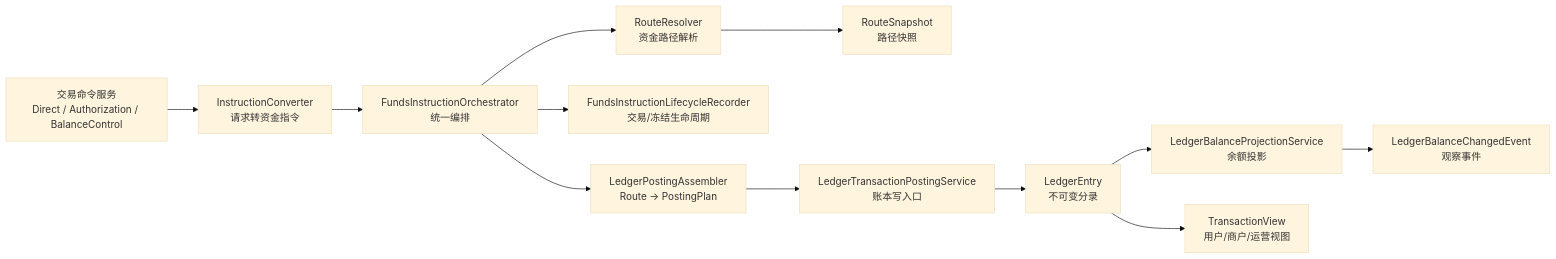
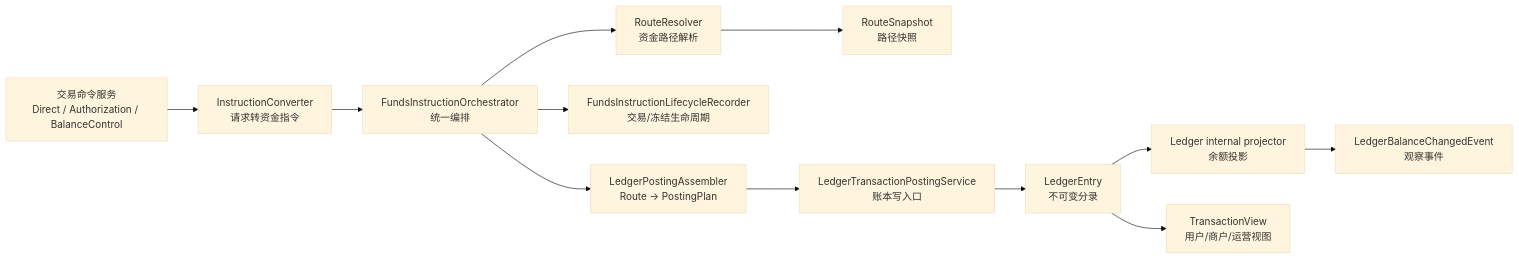
The first of 17 diagrams in docs/系分设计/02-交易路由钱包账目与投影系分设计.md (fengwuxp/wind-funds), drawn with Mermaid (base theme) before and after one commit. The commit also changed other lines of this file and 76 other files, not shown here.

````diff
--- a/docs/系分设计/02-交易路由钱包账目与投影系分设计.md
+++ b/docs/系分设计/02-交易路由钱包账目与投影系分设计.md
@@ -92,14 +92,14 @@
 ```mermaid
 flowchart LR
     Cmd["交易命令服务\nDirect / Authorization / BalanceControl"] --> Conv["InstructionConverter\n请求转资金指令"]
     Conv --> Orch["FundsInstructionOrchestrator\n统一编排"]
     Orch --> Route["RouteResolver\n资金路径解析"]
     Route --> Snap["RouteSnapshot\n路径快照"]
     Orch --> Life["FundsInstructionLifecycleRecorder\n交易/冻结生命周期"]
     Orch --> Asm["LedgerPostingAssembler\nRoute -> PostingPlan"]
     Asm --> Post["LedgerTransactionPostingService\n账本写入口"]
     Post --> Entry["LedgerEntry\n不可变分录"]
-    Entry --> Balance["LedgerBalanceProjectionService\n余额投影"]
+    Entry --> Balance["Ledger internal projector\n余额投影"]
     Balance --> Event["LedgerBalanceChangedEvent\n观察事件"]
     Entry --> View["TransactionView\n用户/商户/运营视图"]
 ```
````
